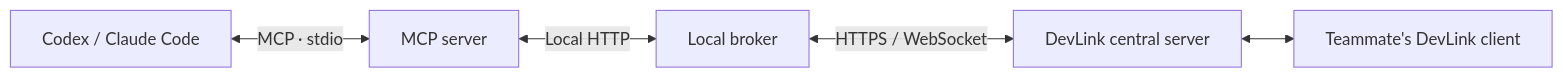
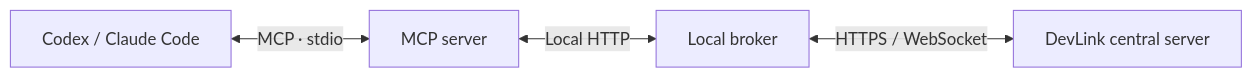
One commit to DevLink-labs/DevLink_client changed the diagram in README.md. Above: the diagram before and after it, drawn with Mermaid. The commit also changed other lines of this file and 2 other files, not shown here.

````diff
--- a/README.md
+++ b/README.md
@@ -168,7 +153,6 @@
 ```mermaid
 flowchart LR
     A[Codex / Claude Code] <-->|MCP · stdio| B[MCP server]
     B <-->|Local HTTP| C[Local broker]
     C <-->|HTTPS / WebSocket| D[DevLink central server]
-    D <--> E[Teammate's DevLink client]
 ```
````
